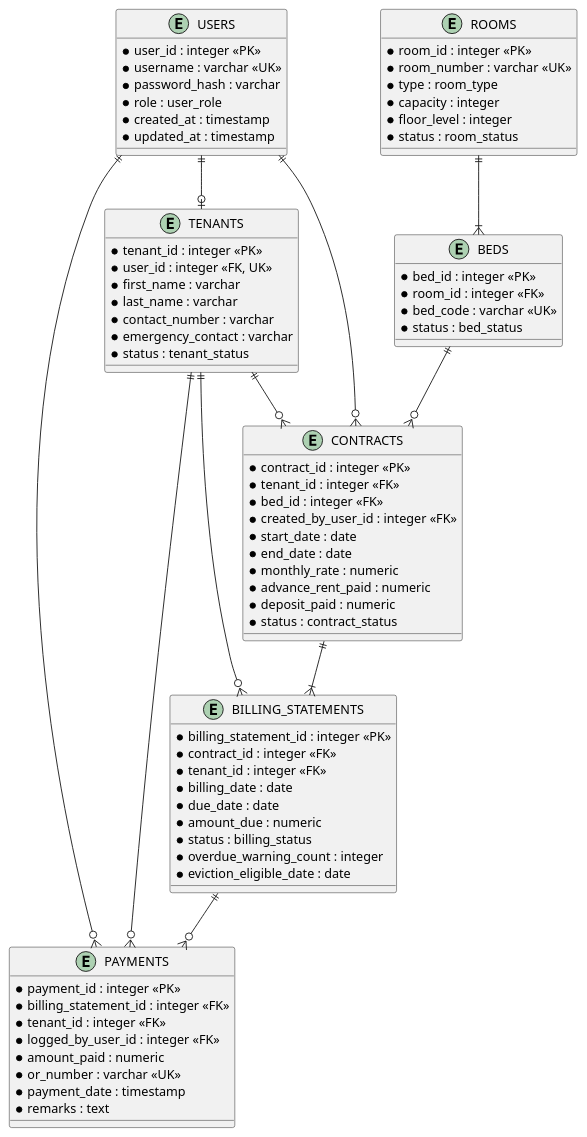
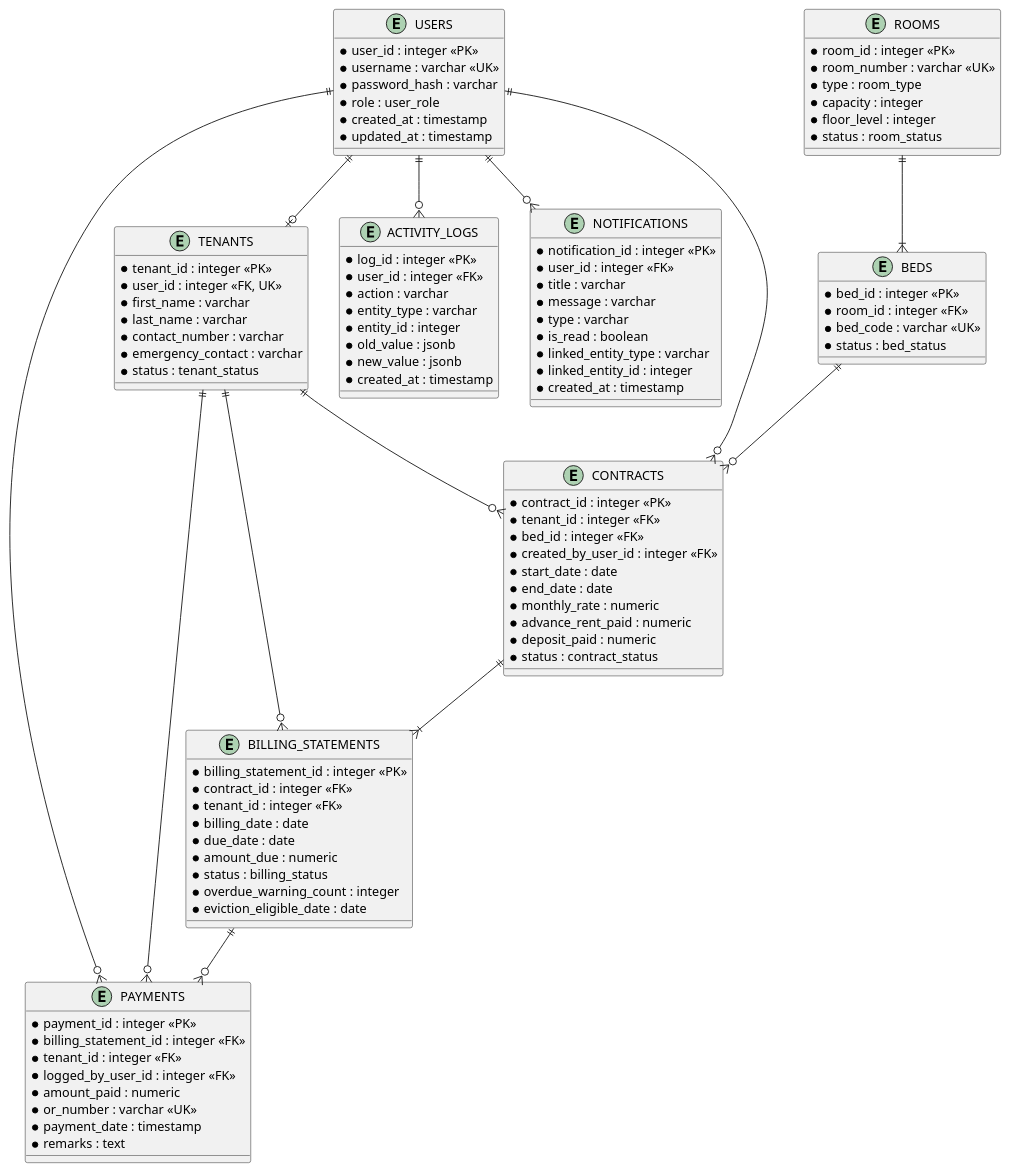
One commit to Artsk1e/-RenTahanan-A-Bedspace-Occupancy-and-Rent-Management-System changed the second of 2 diagrams in docs/diagrams/ERD.md. Above: the diagram before and after it, drawn with PlantUML. The commit also changed other lines of this file and 24 other files, not shown here.

Commit message:
docs: update ERD, class diagrams, system architecture, and data flow

```diff
--- a/docs/diagrams/ERD.md
+++ b/docs/diagrams/ERD.md
@@ -311,9 +347,34 @@
   * remarks : text
 }
 
+entity ACTIVITY_LOGS {
+  * log_id : integer <<PK>>
+  * user_id : integer <<FK>>
+  * action : varchar
+  * entity_type : varchar
+  * entity_id : integer
+  * old_value : jsonb
+  * new_value : jsonb
+  * created_at : timestamp
+}
+
+entity NOTIFICATIONS {
+  * notification_id : integer <<PK>>
+  * user_id : integer <<FK>>
+  * title : varchar
+  * message : varchar
+  * type : varchar
+  * is_read : boolean
+  * linked_entity_type : varchar
+  * linked_entity_id : integer
+  * created_at : timestamp
+}
+
 USERS ||--o| TENANTS
 USERS ||--o{ CONTRACTS
 USERS ||--o{ PAYMENTS
+USERS ||--o{ ACTIVITY_LOGS
+USERS ||--o{ NOTIFICATIONS
 ROOMS ||--|{ BEDS
 BEDS ||--o{ CONTRACTS
 TENANTS ||--o{ CONTRACTS
```
